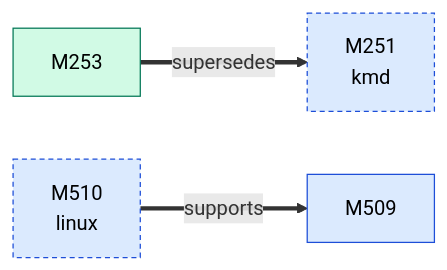
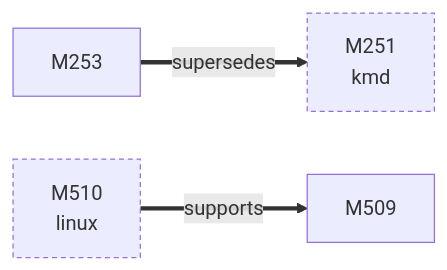
Before and after one commit to D-Ogi/amdgpu-wddm: the first of 2 diagrams in docs/facts/graphs/icd.md, drawn with Mermaid. The commit also changed other lines of this file and 9 other files, not shown here.

First line of the commit message:
docs/facts: plain graph nodes, no status colouring

````diff
--- a/docs/facts/graphs/icd.md
+++ b/docs/facts/graphs/icd.md
@@ -9,15 +9,11 @@
 ```mermaid
 flowchart LR
-  M251["M251<br/>kmd"]:::MEASURED
-  M253["M253"]:::CONFIRMED
-  M509["M509"]:::MEASURED
-  M510["M510<br/>linux"]:::MEASURED
+  M251["M251<br/>kmd"]
+  M253["M253"]
+  M509["M509"]
+  M510["M510<br/>linux"]
   M253 ==>|supersedes| M251
   M510 ==>|supports| M509
-  classDef HYPOTHESIS fill:#fff3c4,stroke:#9a7b00,color:#000
-  classDef MEASURED fill:#dbeafe,stroke:#1d4ed8,color:#000
-  classDef CONFIRMED fill:#d1fae5,stroke:#047857,color:#000
-  classDef REFUTED fill:#fee2e2,stroke:#b91c1c,color:#000
   classDef other stroke-dasharray:4 3
   class M251,M510 other
 ```
````
